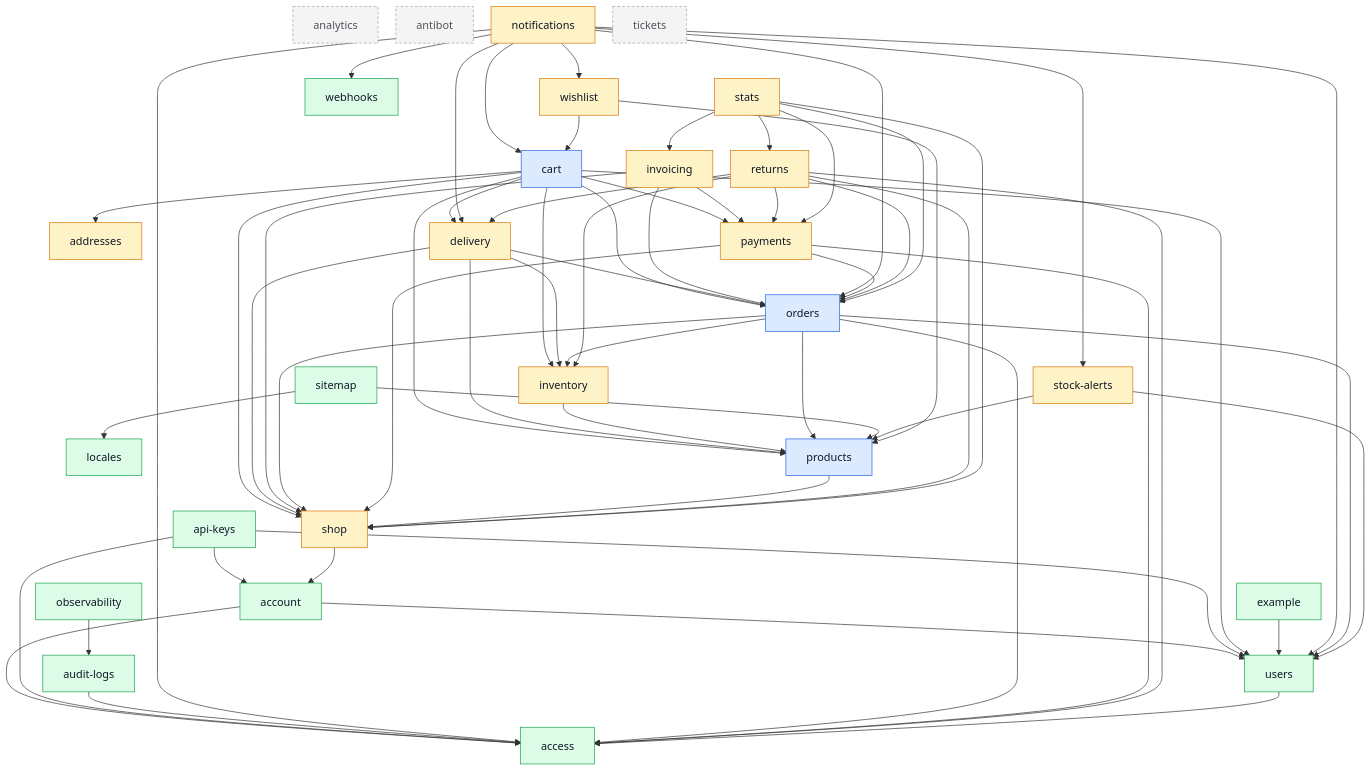
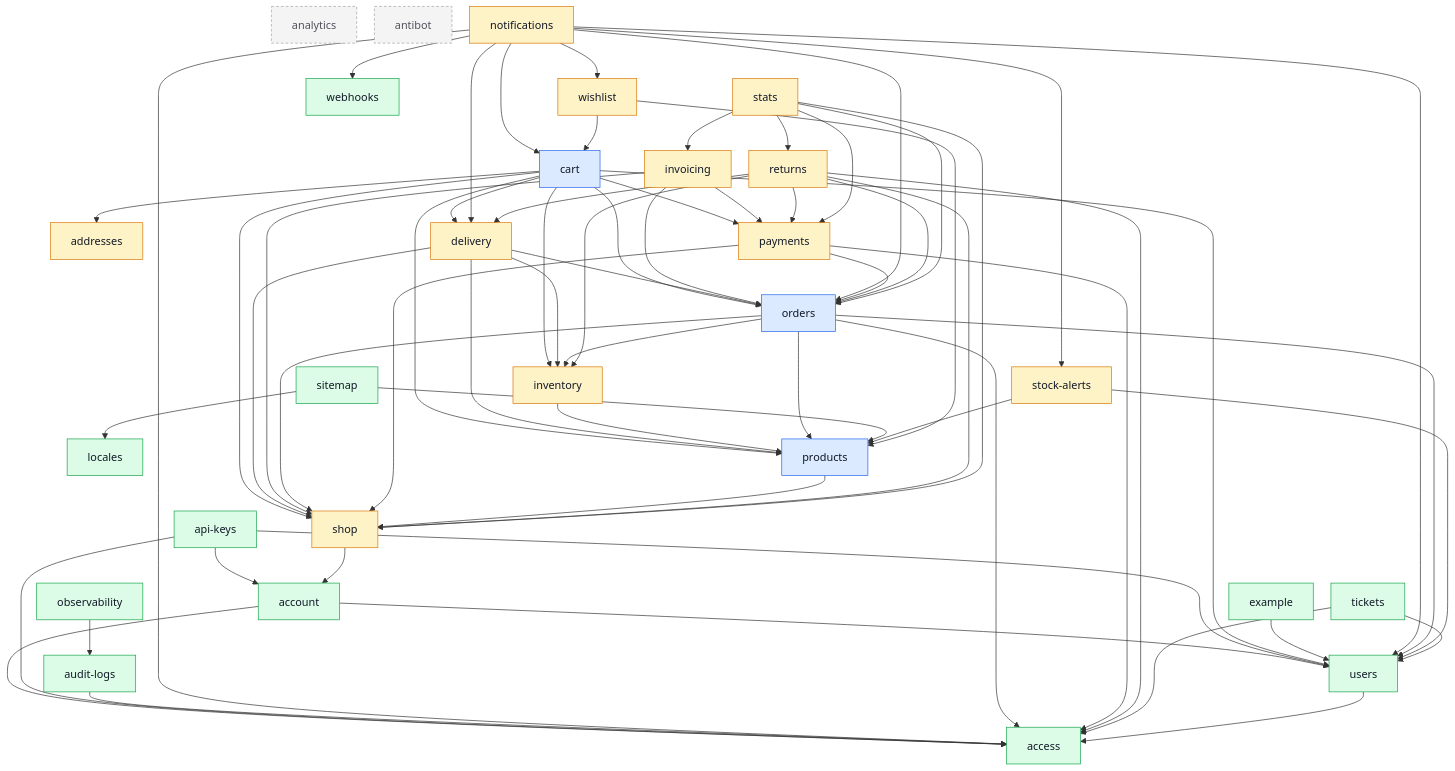
The diagram in docs/modules/index.md (Guebbit/boilerplate-node-backend), drawn with Mermaid before and after one commit. The commit also changed other lines of this file and 59 other files, not shown here.

````diff
--- a/docs/modules/index.md
+++ b/docs/modules/index.md
@@ -125,6 +125,8 @@
     stats --> shop
     stock_alerts --> products
     stock_alerts --> users
+    tickets --> access
+    tickets --> users
     users --> access
     wishlist --> cart
     wishlist --> products
@@ -135,6 +137,6 @@
     classDef isolated fill:#f4f4f5,stroke:#a1a1aa,color:#52525b,stroke-dasharray:4 3;
     class cart,orders,products core;
     class addresses,delivery,inventory,invoicing,notifications,payments,returns,shop,stats,stock_alerts,wishlist supporting;
-    class access,account,api_keys,audit_logs,example,locales,observability,sitemap,users,webhooks generic;
-    class analytics,antibot,tickets isolated;
+    class access,account,api_keys,audit_logs,example,locales,observability,sitemap,tickets,users,webhooks generic;
+    class analytics,antibot isolated;
 ```
````
